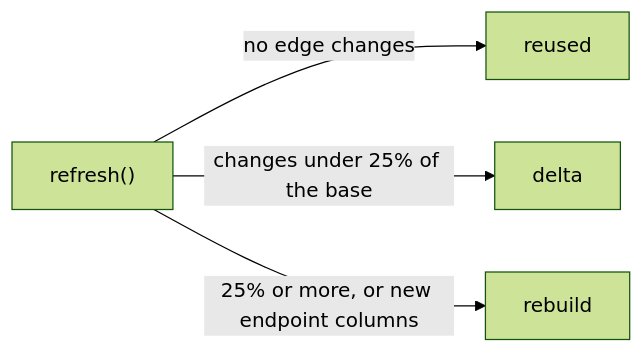
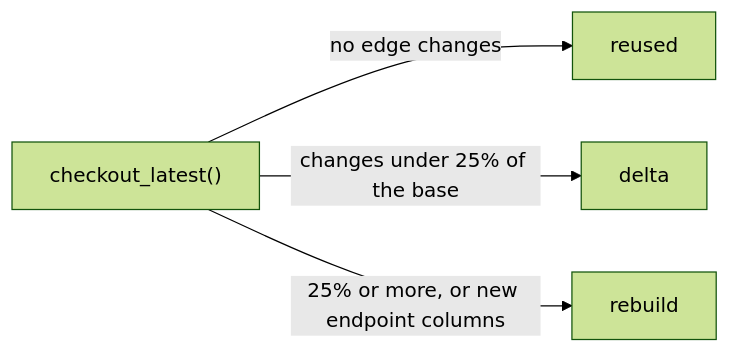
One commit to hyperdimensionalcomputingai/lance-csr changed the second of 2 diagrams in docs/csr.md. Above: the diagram before and after it, drawn with Mermaid (forest theme). The commit also changed other lines of this file and 35 other files, not shown here.

First line of the commit message:
refactor(engine): rename refresh() to checkout_latest() to match lance

````diff
--- a/docs/csr.md
+++ b/docs/csr.md
@@ -359,6 +359,6 @@
     ```mermaid
     flowchart LR
-        R["refresh()"] -- "no edge changes" --> U["reused"]
+        R["checkout_latest()"] -- "no edge changes" --> U["reused"]
         R -- "changes under 25% of the base" --> DL["delta"]
         R -- "25% or more, or new endpoint columns" --> RB["rebuild"]
     ```
````
